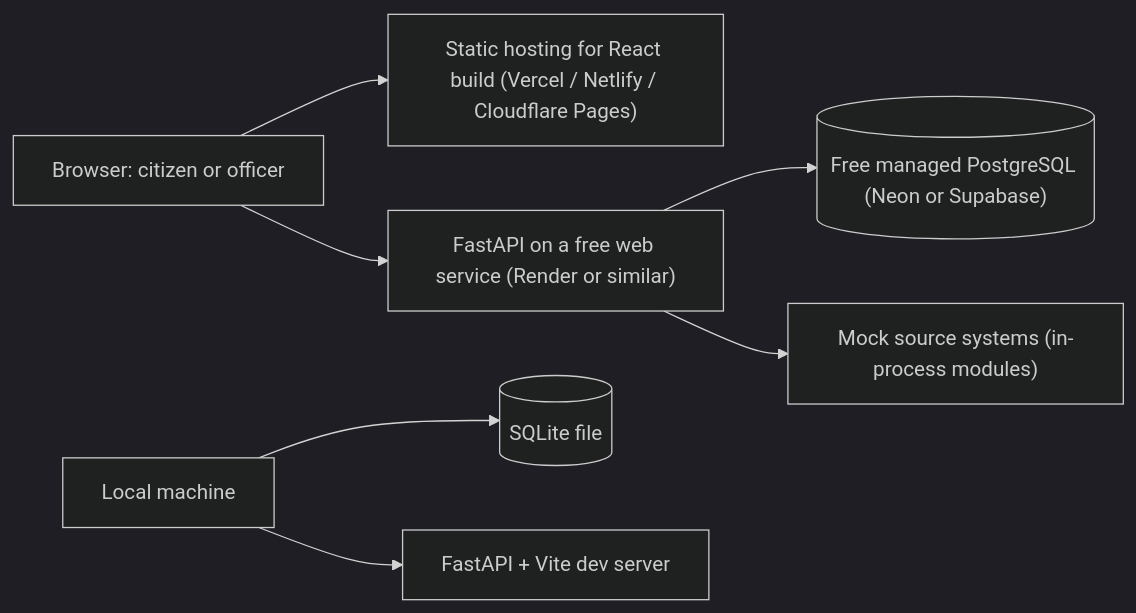
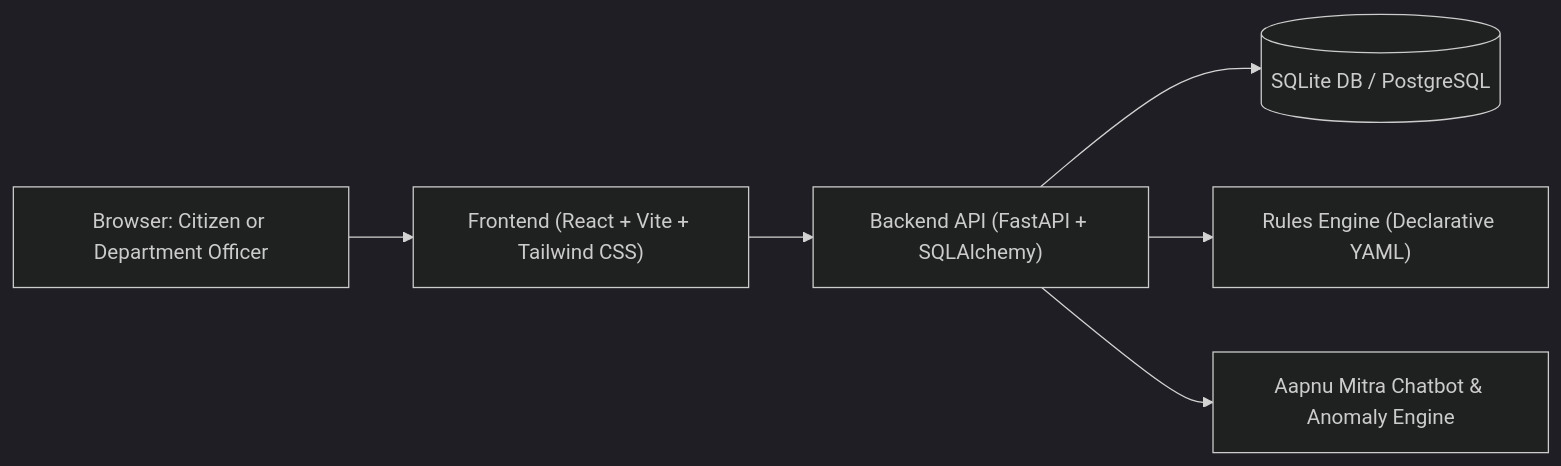
One commit to Daksh3468/Aapnu_Parivar changed the second of 21 diagrams in README.md. Above: the diagram before and after it, drawn with Mermaid (dark theme). The commit also changed other lines of this file, not shown here.

Commit message:
Synchronize README.md with dual Mobile/Gmail login, 4-step split wizard, AI chatbot widget, and local execution topology

````diff
--- a/README.md
+++ b/README.md
@@ -97,9 +97,8 @@
 ```mermaid
 flowchart LR
-  U["Browser: citizen or officer"] --> CDN["Static hosting for React build (Vercel / Netlify / Cloudflare Pages)"]
-  U --> APIH["FastAPI on a free web service (Render or similar)"]
-  APIH --> PG[("Free managed PostgreSQL (Neon or Supabase)")]
-  APIH --> MOCK["Mock source systems (in-process modules)"]
-  DEV["Local machine"] --> SQL[("SQLite file")]
-  DEV --> APIL["FastAPI + Vite dev server"]
+  U["Browser: Citizen or Department Officer"] --> FE["Frontend (React + Vite + Tailwind CSS)"]
+  FE --> BE["Backend API (FastAPI + SQLAlchemy)"]
+  BE --> DB[("SQLite DB / PostgreSQL")]
+  BE --> RULE["Rules Engine (Declarative YAML)"]
+  BE --> AI["Aapnu Mitra Chatbot & Anomaly Engine"]
 ```
````
